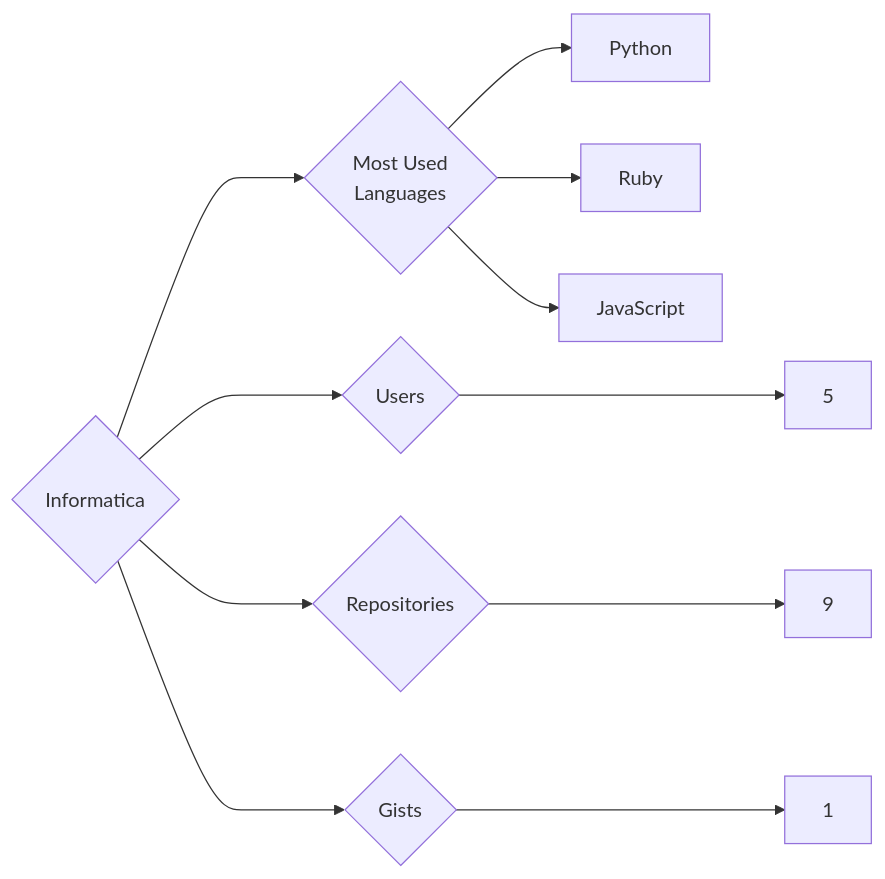
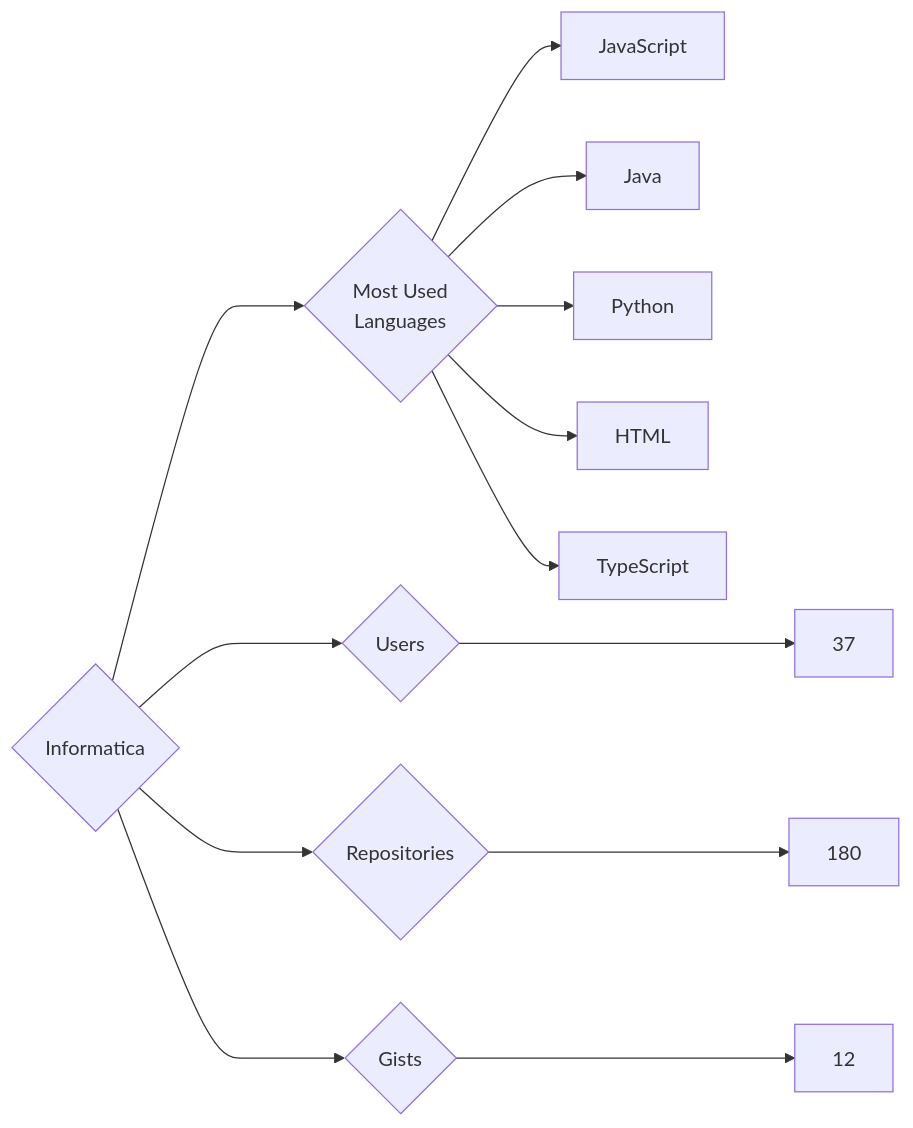
Before and after one commit to trickest/insiders: the diagram in targets/Informatica/README.md, drawn with Mermaid. The commit also changed 894 other files, not shown here.

````diff
--- a/targets/Informatica/README.md
+++ b/targets/Informatica/README.md
@@ -3,11 +3,13 @@
 ```mermaid
 graph LR
 COMPANY_NAME{Informatica}
-COMPANY_NAME ---> U{Users} ---> UN[5]
-COMPANY_NAME ---> R{Repositories} ---> RN[9]
-COMPANY_NAME ---> G{Gists} ---> GN[1]
+COMPANY_NAME ---> U{Users} ---> UN[37]
+COMPANY_NAME ---> R{Repositories} ---> RN[180]
+COMPANY_NAME ---> G{Gists} ---> GN[12]
 COMPANY_NAME ---> ML{Most Used<br>Languages}
+ML --> JavaScript[JavaScript]
+ML --> Java[Java]
 ML --> Python[Python]
-ML --> Ruby[Ruby]
-ML --> JavaScript[JavaScript]
+ML --> HTML[HTML]
+ML --> TypeScript[TypeScript]
 ```
````
